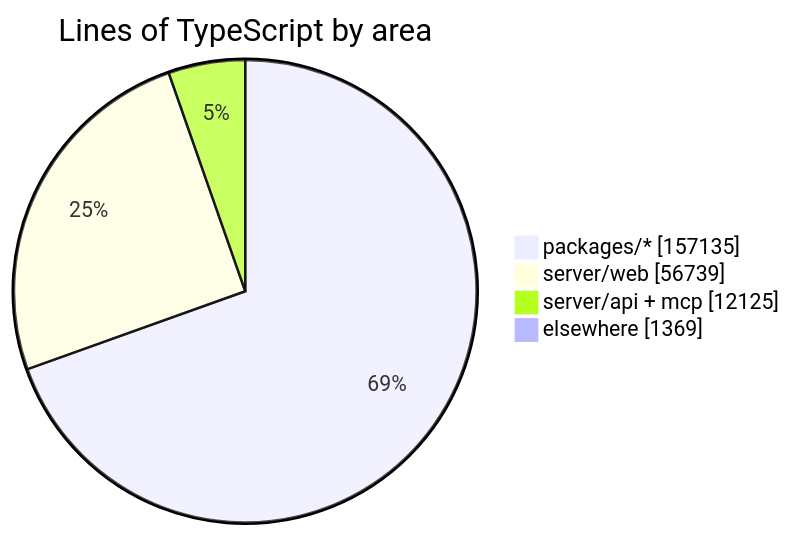
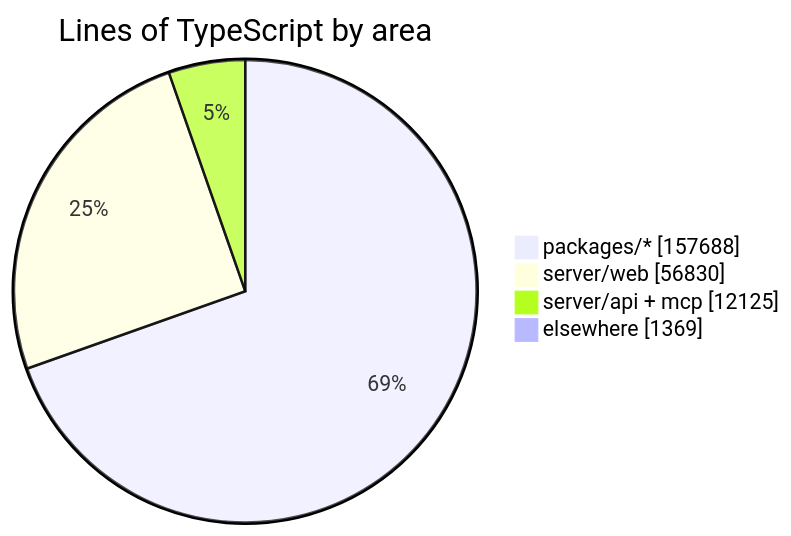
Before and after one commit to crossworks-engineering/mantle: the diagram in README.md, drawn with Mermaid. The commit also changed other lines of this file and 2 other files, not shown here.

````diff
--- a/README.md
+++ b/README.md
@@ -279,7 +279,7 @@
 ```mermaid
 pie showData title Lines of TypeScript by area
-    "packages/*" : 157135
-    "server/web" : 56739
+    "packages/*" : 157688
+    "server/web" : 56830
     "server/api + mcp" : 12125
     "elsewhere" : 1369
 ```
````
